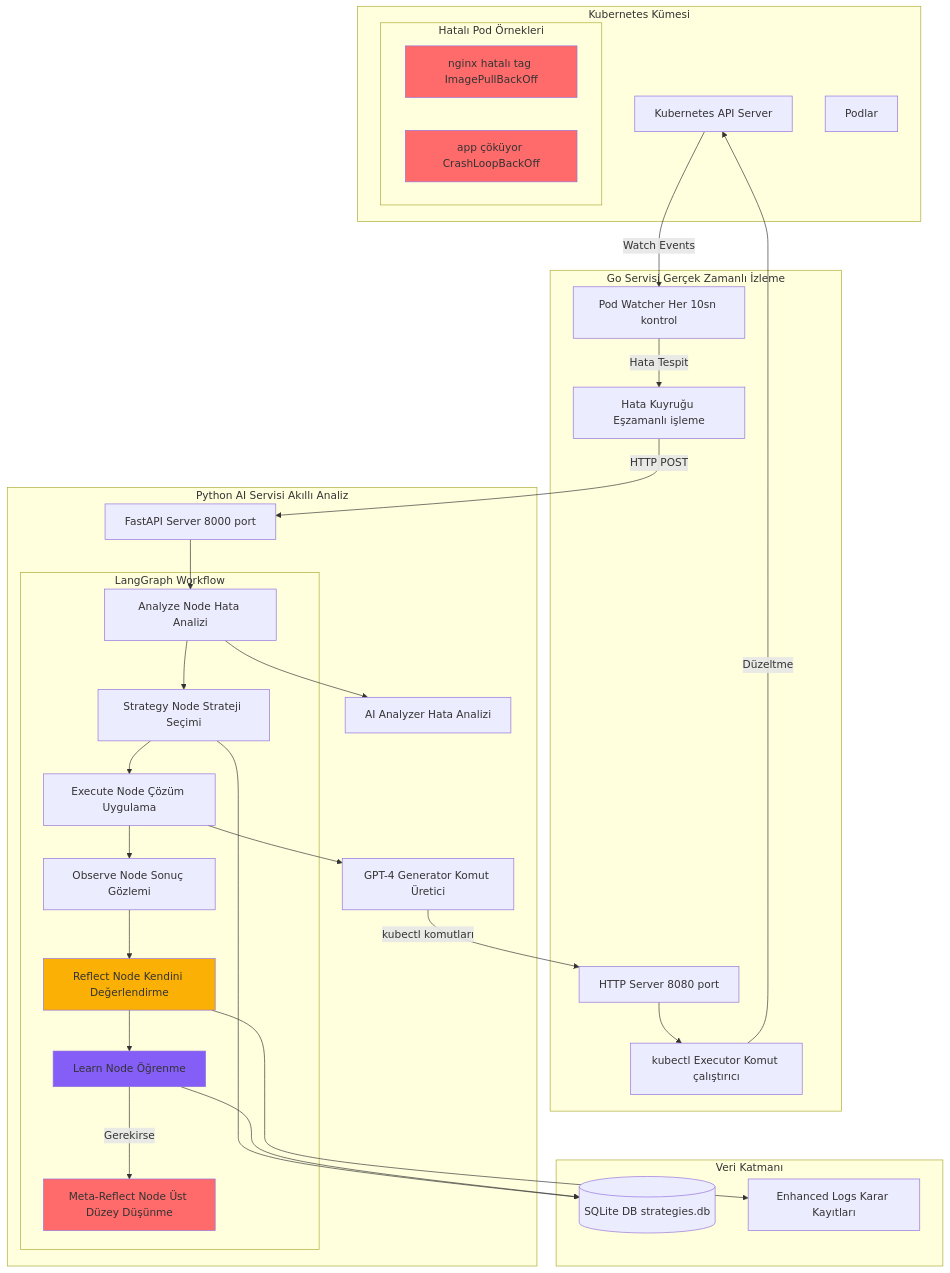
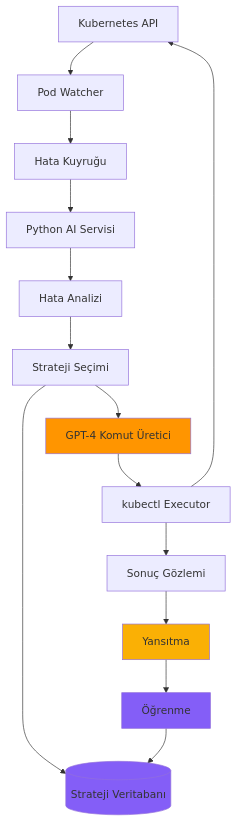
One commit to mmsuerkan/kubernetes-thesis changed the second of 3 diagrams in README.md. Above: the diagram before and after it, drawn with Mermaid. The commit also changed other lines of this file, not shown here.

Commit message:
fix: Simplify Mermaid diagrams to prevent markdown parsing errors
- Removed all pipe labels and edge text
- Simplified node names and removed special characters
- Made diagrams cleaner and more compatible with GitHub
- Condensed complex architecture diagram
- Removed problematic subgraphs and nested structures

````diff
--- a/README.md
+++ b/README.md
@@ -75,70 +75,23 @@
 ```mermaid
 graph TB
-    subgraph "Kubernetes Kümesi"
-        K8S_API[Kubernetes API Server]
-        PODS[Podlar]
-        
-        subgraph "Hatalı Pod Örnekleri"
-            IMG_ERR[nginx hatalı tag ImagePullBackOff]
-            CRASH_ERR[app çöküyor CrashLoopBackOff]
-        end
-    end
+    K8S[Kubernetes API] --> WATCHER[Pod Watcher]
+    WATCHER --> ERROR_Q[Hata Kuyruğu]
+    ERROR_Q --> FASTAPI[Python AI Servisi]
     
-    subgraph "Go Servisi Gerçek Zamanlı İzleme"
-        WATCHER[Pod Watcher Her 10sn kontrol]
-        ERROR_Q[Hata Kuyruğu Eşzamanlı işleme]
-        HTTP_SERVER[HTTP Server 8080 port]
-        KUBECTL[kubectl Executor Komut çalıştırıcı]
-    end
+    FASTAPI --> ANALYZE[Hata Analizi]
+    ANALYZE --> STRATEGY[Strateji Seçimi]  
+    STRATEGY --> GPT4[GPT-4 Komut Üretici]
+    GPT4 --> EXECUTOR[kubectl Executor]
+    EXECUTOR --> K8S
     
-    subgraph "Python AI Servisi Akıllı Analiz"
-        FASTAPI[FastAPI Server 8000 port]
-        
-        subgraph "LangGraph Workflow"
-            ANALYZE[Analyze Node Hata Analizi]
-            STRATEGY[Strategy Node Strateji Seçimi]
-            EXECUTE[Execute Node Çözüm Uygulama]
-            OBSERVE[Observe Node Sonuç Gözlemi]
-            REFLECT[Reflect Node Kendini Değerlendirme]
-            LEARN[Learn Node Öğrenme]
-            META[Meta-Reflect Node Üst Düzey Düşünme]
-        end
-        
-        ANALYZER[AI Analyzer Hata Analizi]
-        GPT4[GPT-4 Generator Komut Üretici]
-    end
+    STRATEGY --> SQLITE[(Strateji Veritabanı)]
+    EXECUTOR --> OBSERVE[Sonuç Gözlemi]
+    OBSERVE --> REFLECT[Yansıtma]
+    REFLECT --> LEARN[Öğrenme]
+    LEARN --> SQLITE
     
-    subgraph "Veri Katmanı"
-        SQLITE[(SQLite DB strategies.db)]
-        LOGS[Enhanced Logs Karar Kayıtları]
-    end
-    
-    K8S_API -->|Watch Events| WATCHER
-    WATCHER -->|Hata Tespit| ERROR_Q
-    ERROR_Q -->|HTTP POST| FASTAPI
-    
-    FASTAPI --> ANALYZE
-    ANALYZE --> STRATEGY
-    STRATEGY --> EXECUTE
-    EXECUTE --> OBSERVE
-    OBSERVE --> REFLECT
-    REFLECT --> LEARN
-    LEARN -->|Gerekirse| META
-    
-    ANALYZE --> ANALYZER
-    STRATEGY --> SQLITE
-    EXECUTE --> GPT4
-    
-    GPT4 -->|kubectl komutları| HTTP_SERVER
-    HTTP_SERVER --> KUBECTL
-    KUBECTL -->|Düzeltme| K8S_API
-    
-    LEARN --> SQLITE
-    REFLECT --> LOGS
-    
-    style IMG_ERR fill:#ff6b6b
-    style CRASH_ERR fill:#ff6b6b
     style REFLECT fill:#fab005
     style LEARN fill:#845ef7
-    style META fill:#ff6b6b
+    style GPT4 fill:#ff9500
+    style SQLITE fill:#845ef7
 ```
````
